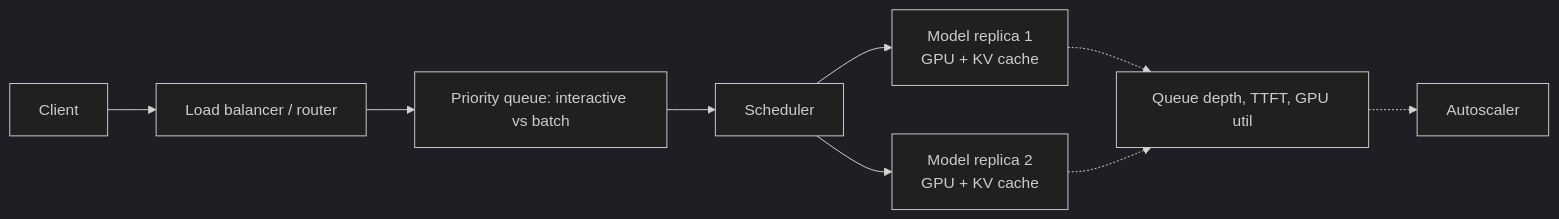
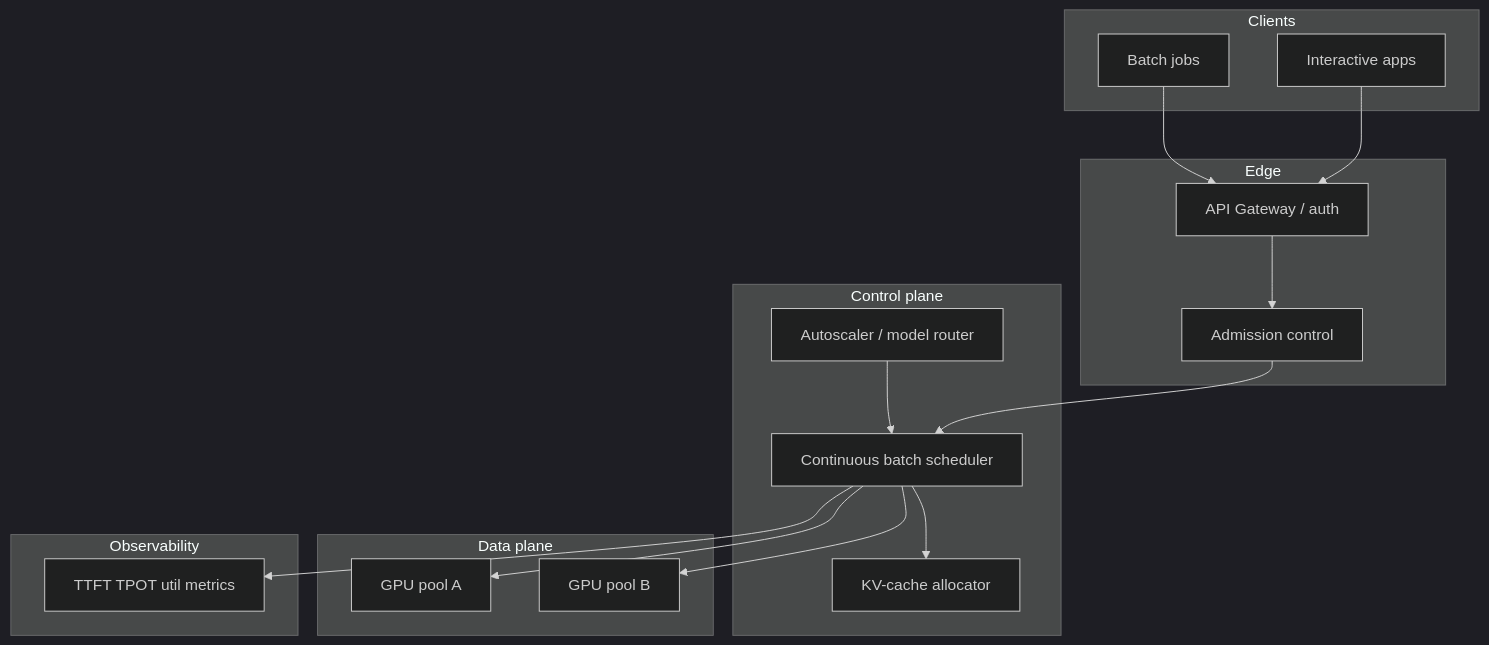
The diagram in ui/content/markdown/ai-system-design/01-llm-inference-serving-at-scale.md (vpeetla-ai/ai-architect-interview-playbook), drawn with Mermaid (dark theme) before and after one commit. The commit also changed other lines of this file and 54 other files, not shown here.

First line of the commit message:
Upgrade system-design APIs and replace HLD flowcharts with architecture diagrams.

````diff
--- a/ui/content/markdown/ai-system-design/01-llm-inference-serving-at-scale.md
+++ b/ui/content/markdown/ai-system-design/01-llm-inference-serving-at-scale.md
@@ -54,11 +71,31 @@
 ```mermaid
-flowchart LR
-    C[Client] --> LB[Load balancer / router]
-    LB --> Q[Priority queue: interactive vs batch]
-    Q --> SCHED[Scheduler]
-    SCHED --> ENG1[Model replica 1<br/>GPU + KV cache]
-    SCHED --> ENG2[Model replica 2<br/>GPU + KV cache]
-    ENG1 -.-> METRICS[Queue depth, TTFT, GPU util]
-    ENG2 -.-> METRICS
-    METRICS -.-> AUTOSCALE[Autoscaler]
+graph TB
+  subgraph clients [Clients]
+    App[Interactive apps]
+    Batch[Batch jobs]
+  end
+  subgraph edge [Edge]
+    GW[API Gateway / auth]
+    Adm[Admission control]
+  end
+  subgraph control [Control plane]
+    Sched[Continuous batch scheduler]
+    KV[KV-cache allocator]
+    Scale[Autoscaler / model router]
+  end
+  subgraph dataPlane [Data plane]
+    GPU1[GPU pool A]
+    GPU2[GPU pool B]
+  end
+  subgraph obs [Observability]
+    Met[TTFT TPOT util metrics]
+  end
+  App --> GW
+  Batch --> GW
+  GW --> Adm --> Sched
+  Sched --> KV
+  Sched --> GPU1
+  Sched --> GPU2
+  Scale --> Sched
+  Sched --> Met
 ```
````
